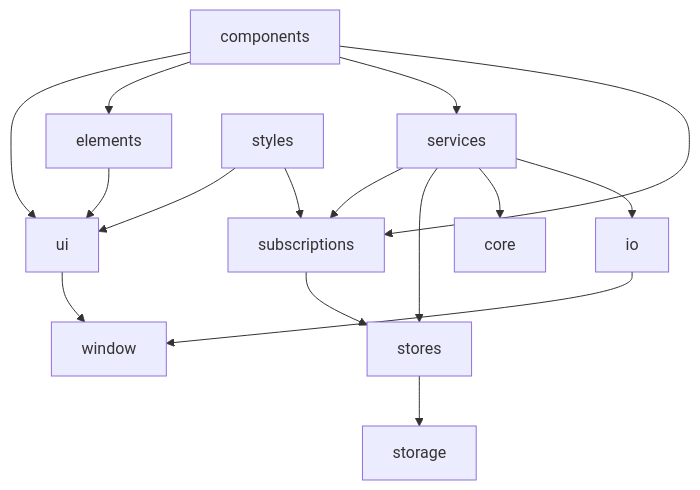
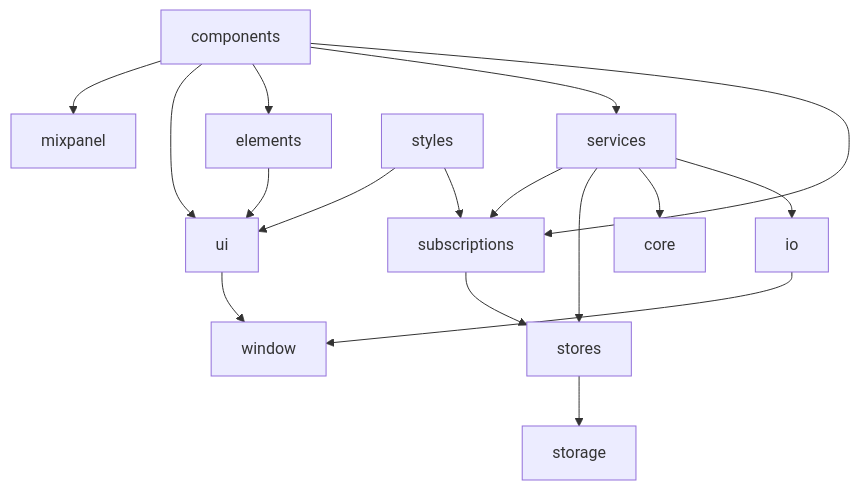
Before and after one commit to mattriley/agile-avatars: the diagram in README.md, drawn with Mermaid. The commit also changed other lines of this file and 15 other files, not shown here.

````diff
--- a/README.md
+++ b/README.md
@@ -316,18 +313,19 @@
 ```mermaid
 graph TD;
+    components-->mixpanel;
     components-->ui;
     components-->elements;
     components-->services;
     components-->subscriptions;
     elements-->ui;
     io-->window;
     services-->subscriptions;
     services-->stores;
     services-->core;
     services-->io;
     stores-->storage;
     styles-->ui;
     styles-->subscriptions;
     subscriptions-->stores;
     ui-->window;
 ```
````
